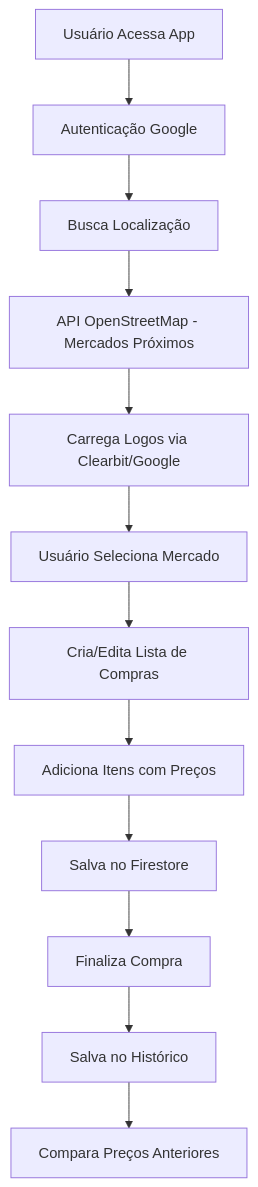
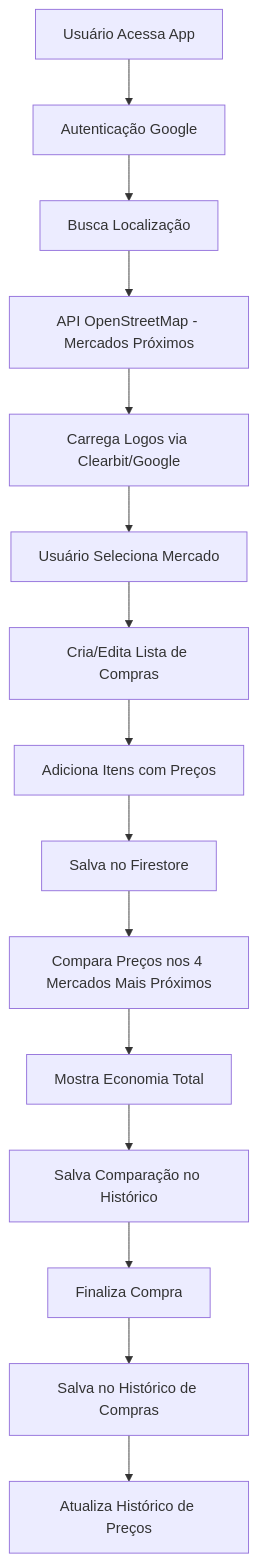
The diagram in README.md (leodigory/Economiza-ai), drawn with Mermaid before and after one commit. The commit also changed other lines of this file and 16 other files, not shown here.

````diff
--- a/README.md
+++ b/README.md
@@ -50,14 +51,17 @@
 ```mermaid
 graph TD
     A[Usuário Acessa App] --> B[Autenticação Google]
     B --> C[Busca Localização]
     C --> D[API OpenStreetMap - Mercados Próximos]
     D --> E[Carrega Logos via Clearbit/Google]
     E --> F[Usuário Seleciona Mercado]
     F --> G[Cria/Edita Lista de Compras]
     G --> H[Adiciona Itens com Preços]
     H --> I[Salva no Firestore]
-    I --> J[Finaliza Compra]
-    J --> K[Salva no Histórico]
-    K --> L[Compara Preços Anteriores]
+    I --> J[Compara Preços nos 4 Mercados Mais Próximos]
+    J --> K[Mostra Economia Total]
+    K --> L[Salva Comparação no Histórico]
+    L --> M[Finaliza Compra]
+    M --> N[Salva no Histórico de Compras]
+    N --> O[Atualiza Histórico de Preços]
 ```
````
